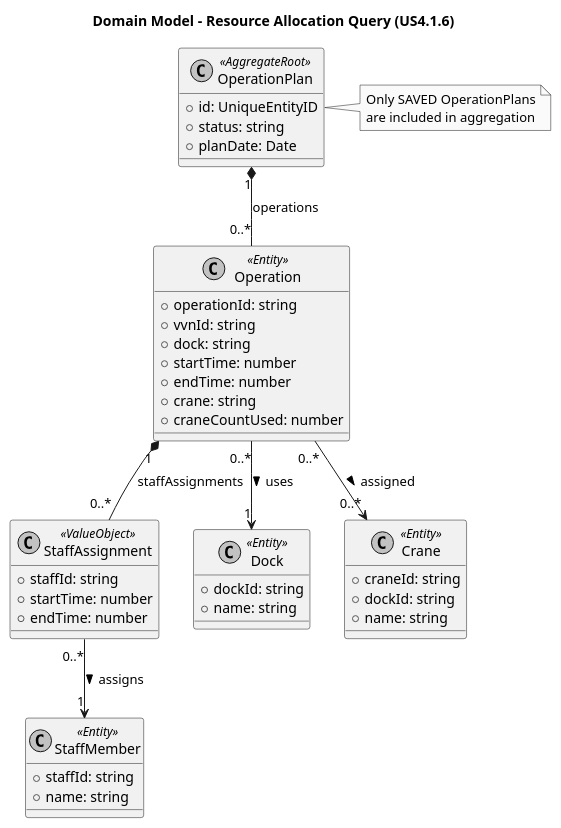
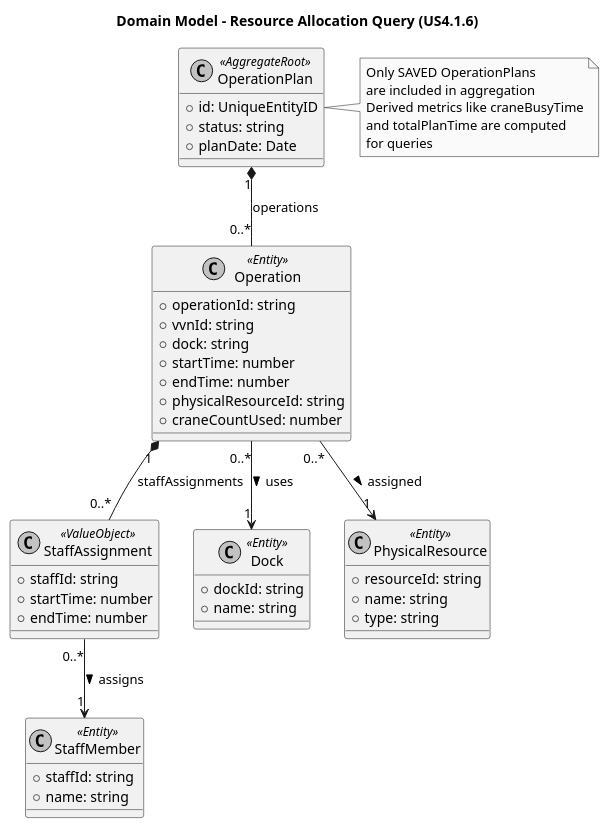
One commit to SAEmanuel/Sustainable_Port_Logistics_ISEP changed the diagram in docs/planning/Sprint3/Back-end-Module(s)/us.4.1.6-Alexandre/02.analysis/puml/us4.1.6-domain-model.puml. Above: the diagram before and after it, drawn with PlantUML. The commit also changed 19 other files, not shown here.

```diff
--- a/docs/planning/Sprint3/Back-end-Module(s)/us.4.1.6-Alexandre/02.analysis/puml/us4.1.6-domain-model.puml
+++ b/docs/planning/Sprint3/Back-end-Module(s)/us.4.1.6-Alexandre/02.analysis/puml/us4.1.6-domain-model.puml
@@ -1,68 +1,71 @@
 @startuml
 skinparam monochrome true
 skinparam shadowing false
 title Domain Model – Resource Allocation Query (US4.1.6)
 
 ' =========================
 ' Aggregate: OperationPlan
 ' =========================
 class OperationPlan <<AggregateRoot>> {
   +id: UniqueEntityID
   +status: string
   +planDate: Date
 }
 
 class Operation <<Entity>> {
   +operationId: string
   +vvnId: string
   +dock: string
   +startTime: number
   +endTime: number
-  +crane: string
+  +physicalResourceId: string
   +craneCountUsed: number
 }
 
 class StaffAssignment <<ValueObject>> {
   +staffId: string
   +startTime: number
   +endTime: number
 }
 
 ' =========================
 ' Resource entities
 ' =========================
 class Dock <<Entity>> {
   +dockId: string
   +name: string
 }
 
-class Crane <<Entity>> {
-  +craneId: string
-  +dockId: string
+class PhysicalResource <<Entity>> {
+  +resourceId: string
   +name: string
+  +type: string
 }
 
 class StaffMember <<Entity>> {
   +staffId: string
   +name: string
 }
 
 ' =========================
 ' Relationships
 ' =========================
 OperationPlan "1" *-- "0..*" Operation : operations
 Operation "1" *-- "0..*" StaffAssignment : staffAssignments
 
 Operation "0..*" --> "1" Dock : uses >
-Operation "0..*" --> "0..*" Crane : assigned >
+Operation "0..*" --> "1" PhysicalResource : assigned >
 StaffAssignment "0..*" --> "1" StaffMember : assigns >
 
 ' =========================
 ' Notes
 ' =========================
 note right of OperationPlan
 Only SAVED OperationPlans
 are included in aggregation
+Derived metrics like craneBusyTime
+and totalPlanTime are computed
+for queries
 end note
 
 @enduml
```
